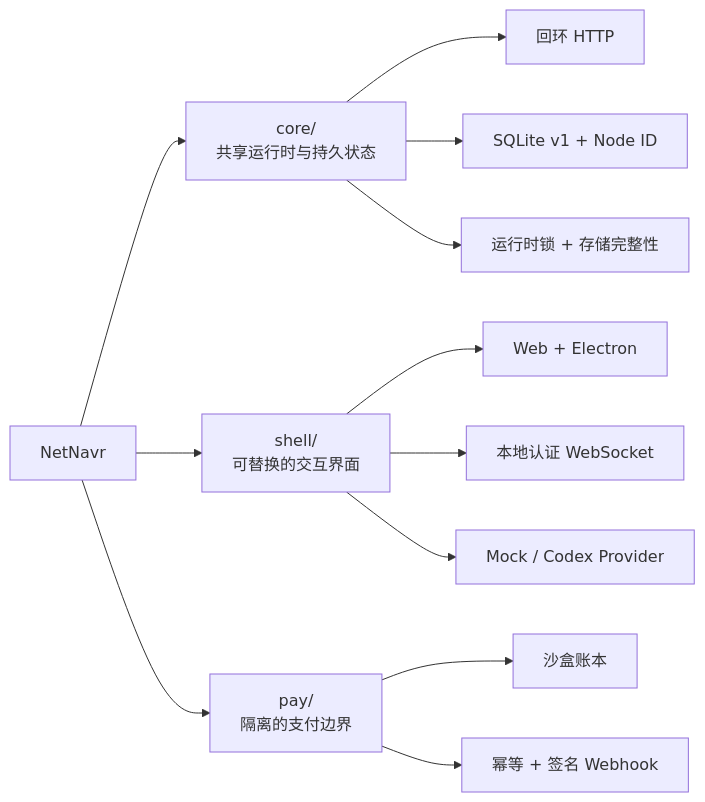
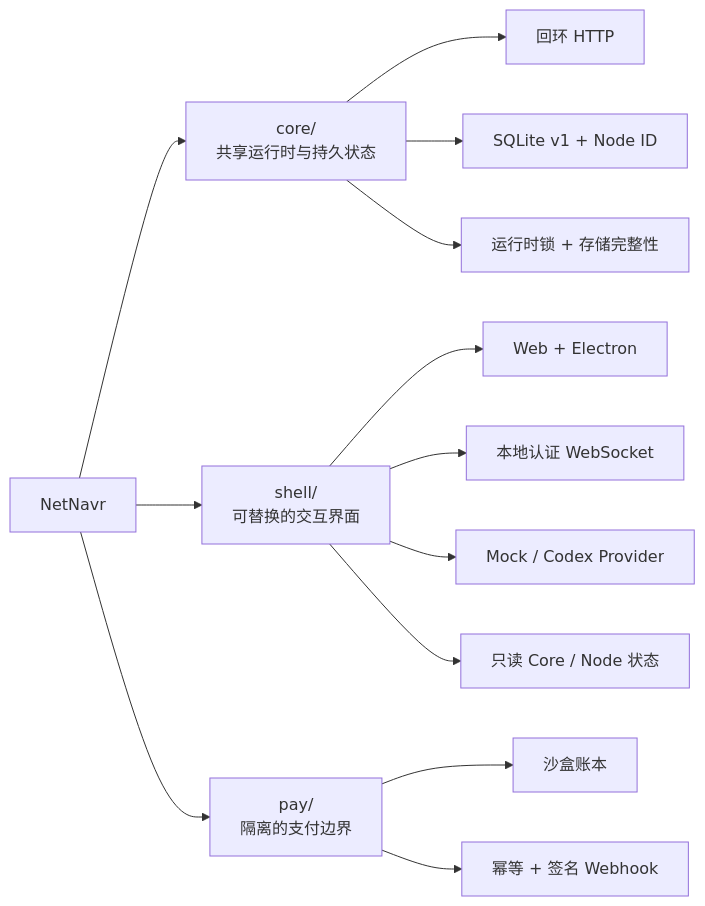
One commit to PM100Fun/NetNavr changed the diagram in README.zh-CN.md. Above: the diagram before and after it, drawn with Mermaid. The commit also changed other lines of this file and 10 other files, not shown here.

First line of the commit message:
feat(shell): surface read-only Core node status (#14)

````diff
--- a/README.zh-CN.md
+++ b/README.zh-CN.md
@@ -109,17 +111,18 @@
 ```mermaid
 flowchart LR
     R["NetNavr"] --> C["core/<br/>共享运行时与持久状态"]
     R --> S["shell/<br/>可替换的交互界面"]
     R --> P["pay/<br/>隔离的支付边界"]
 
     C --> C1["回环 HTTP"]
     C --> C2["SQLite v1 + Node ID"]
     C --> C3["运行时锁 + 存储完整性"]
 
     S --> S1["Web + Electron"]
     S --> S2["本地认证 WebSocket"]
     S --> S3["Mock / Codex Provider"]
+    S --> S4["只读 Core / Node 状态"]
 
     P --> P1["沙盒账本"]
     P --> P2["幂等 + 签名 Webhook"]
 ```
````
